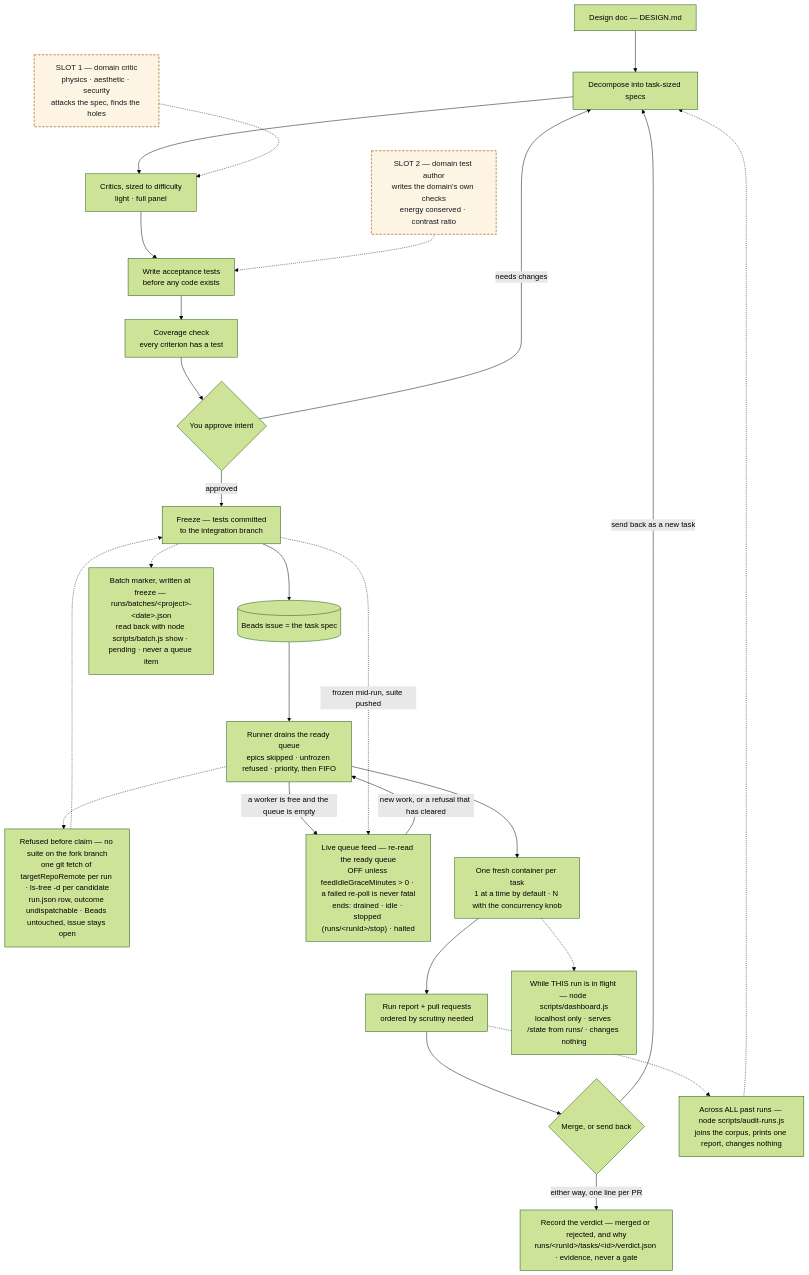
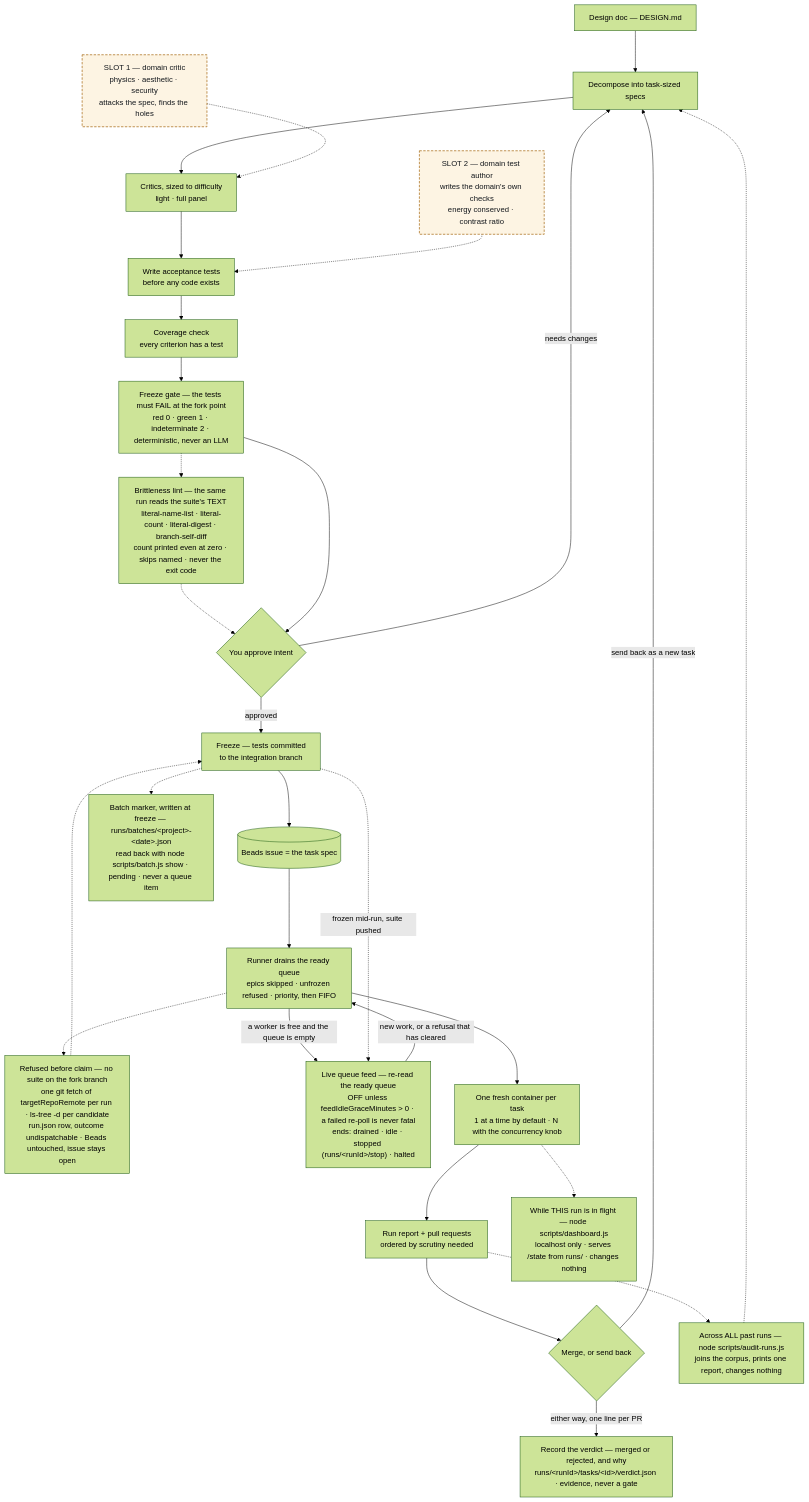
Before and after one commit to Chadleewalker/Multi-AgentPipelines: the first of 5 diagrams in docs/pipeline-diagram.md, drawn with Mermaid (forest theme). The commit also changed other lines of this file and 7 other files, not shown here.

````diff
--- a/docs/pipeline-diagram.md
+++ b/docs/pipeline-diagram.md
@@ -14,31 +14,34 @@
 ```mermaid
 flowchart TB
   A["Design doc — DESIGN.md"] --> B["Decompose into task-sized specs"]
   B --> C["Critics, sized to difficulty<br/>light · full panel"]
   SP1["SLOT 1 — domain critic<br/>physics · aesthetic · security<br/>attacks the spec, finds the holes"] -.-> C
   C --> D["Write acceptance tests<br/>before any code exists"]
   SP2["SLOT 2 — domain test author<br/>writes the domain's own checks<br/>energy conserved · contrast ratio"] -.-> D
   D --> E["Coverage check<br/>every criterion has a test"]
-  E --> F{"You approve intent"}
+  E --> FG["Freeze gate — the tests must FAIL at the fork point<br/>red 0 · green 1 · indeterminate 2 · deterministic, never an LLM"]
+  FG -.-> BL["Brittleness lint — the same run reads the suite's TEXT<br/>literal-name-list · literal-count · literal-digest · branch-self-diff<br/>count printed even at zero · skips named · never the exit code"]
+  BL -.-> F
+  FG --> F{"You approve intent"}
   F -->|"needs changes"| B
   F -->|"approved"| G["Freeze — tests committed<br/>to the integration branch"]
   G --> H[("Beads issue = the task spec")]
   G -.-> BM["Batch marker, written at freeze — runs/batches/&lt;project&gt;-&lt;date&gt;.json<br/>read back with node scripts/batch.js show · pending · never a queue item"]
   H --> I["Runner drains the ready queue<br/>epics skipped · unfrozen refused · priority, then FIFO"]
   I -.-> UD["Refused before claim — no suite on the fork branch<br/>one git fetch of targetRepoRemote per run · ls-tree -d per candidate<br/>run.json row, outcome undispatchable · Beads untouched, issue stays open"]
   UD -.-> G
   I -->|"a worker is free and the queue is empty"| FEED["Live queue feed — re-read the ready queue<br/>OFF unless feedIdleGraceMinutes &gt; 0 · a failed re-poll is never fatal<br/>ends: drained · idle · stopped (runs/&lt;runId&gt;/stop) · halted"]
   FEED -->|"new work, or a refusal that has cleared"| I
   G -.->|"frozen mid-run, suite pushed"| FEED
   I --> J["One fresh container per task<br/>1 at a time by default · N with the concurrency knob"]
   J --> K["Run report + pull requests<br/>ordered by scrutiny needed"]
   K --> L{"Merge, or send back"}
   L -->|"send back as a new task"| B
   L -->|"either way, one line per PR"| VD["Record the verdict — merged or rejected, and why<br/>runs/&lt;runId&gt;/tasks/&lt;id&gt;/verdict.json · evidence, never a gate"]
   K -.-> AUD["Across ALL past runs — node scripts/audit-runs.js<br/>joins the corpus, prints one report, changes nothing"]
   AUD -.-> B
   J -.-> DASH["While THIS run is in flight — node scripts/dashboard.js<br/>localhost only · serves /state from runs/ · changes nothing"]
 
   classDef specialist fill:#fdf4e3,stroke:#a86c17,stroke-width:1.5px,stroke-dasharray:5 3,color:#14181d
   class SP1,SP2 specialist
 ```
````
